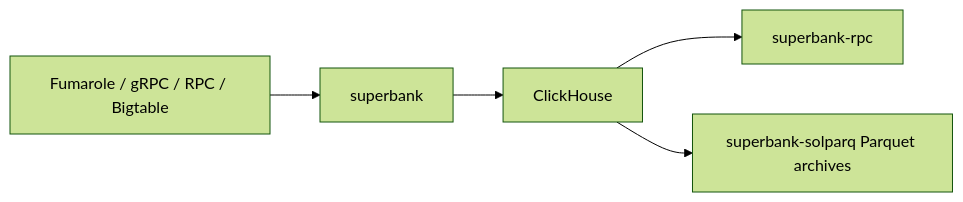
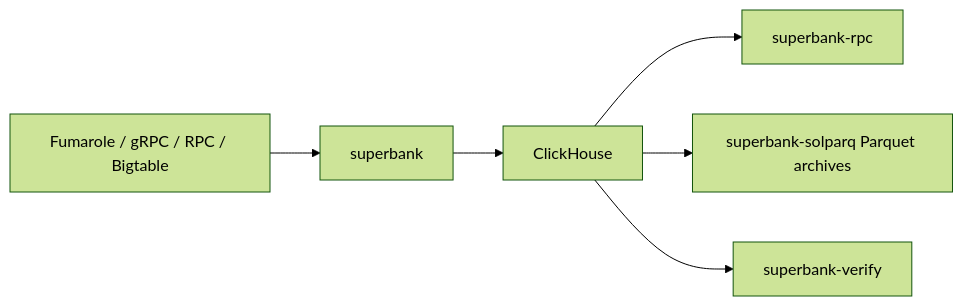
One commit to solana-rpc/superbank changed the diagram in README.md. Above: the diagram before and after it, drawn with Mermaid (forest theme). The commit also changed other lines of this file and 30 other files, not shown here.

First line of the commit message:
feat: add superbank-verify PoH validation binary (#54)

````diff
--- a/README.md
+++ b/README.md
@@ -39,7 +40,8 @@
 ```mermaid
 flowchart LR
   Source[Fumarole / gRPC / RPC / Bigtable] --> Ingest[superbank]
   Ingest --> CH[ClickHouse]
   CH --> RPC[superbank-rpc]
   CH --> Archive[superbank-solparq Parquet archives]
+  CH --> Verify[superbank-verify]
 ```
````
